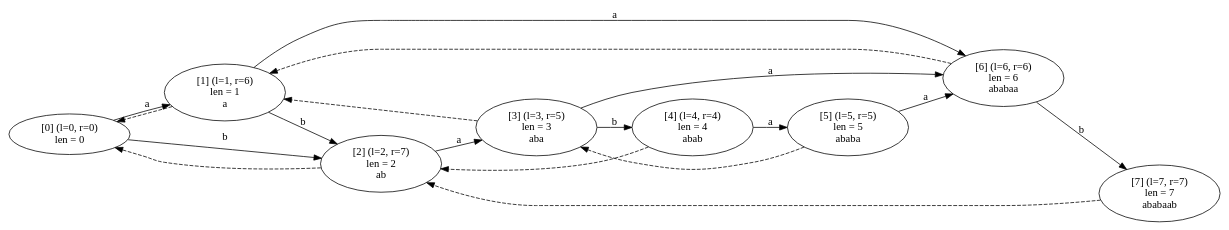
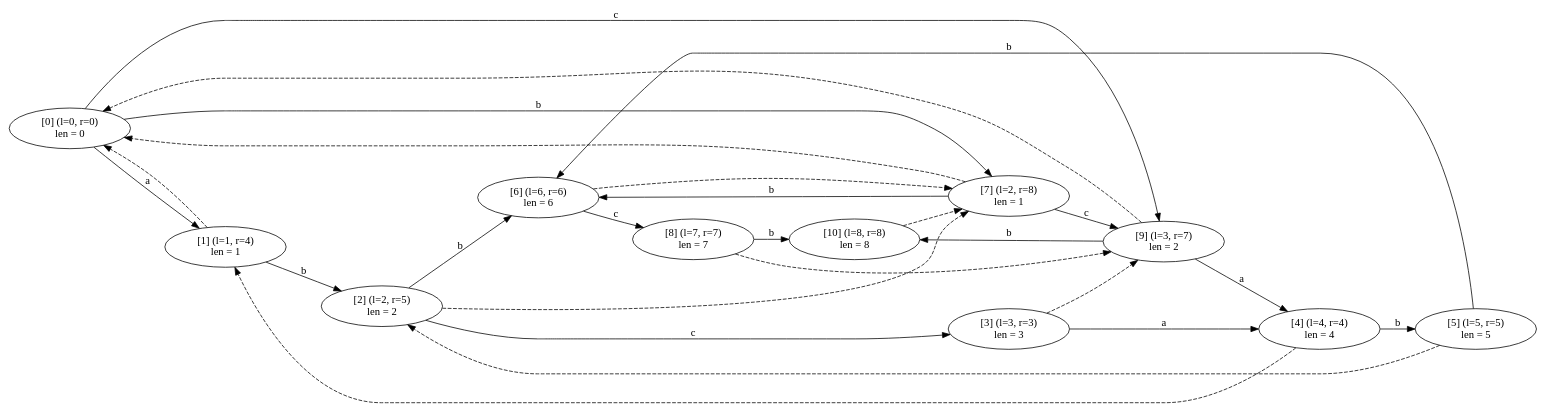
One commit to Magorx/mipt changed the diagram in sem_3/algorithms/2_contest/graph.gv. Above: the diagram before and after it, drawn with Graphviz. The commit also changed 5 other files, not shown here.

```diff
--- a/sem_3/algorithms/2_contest/graph.gv
+++ b/sem_3/algorithms/2_contest/graph.gv
@@ -1,28 +1,39 @@
 digraph g {
 rankdir="LR";
-struct0x7f0961a65010[label="[0] (l=0, r=0)\nlen = 0\n"];
-struct0x7f0961a65010 -> struct0x7f0961a650e8 [label="a"];
-struct0x7f0961a650e8[label="[1] (l=1, r=6)\nlen = 1\na"];
-struct0x7f0961a650e8 -> struct0x7f0961a65520 [label="a"];
-struct0x7f0961a65520[label="[6] (l=6, r=6)\nlen = 6\nababaa"];
-struct0x7f0961a65520 -> struct0x7f0961a655f8 [label="b"];
-struct0x7f0961a655f8[label="[7] (l=7, r=7)\nlen = 7\nababaab"];
-struct0x7f0961a655f8 -> struct0x7f0961a651c0 [style="dashed"];
-struct0x7f0961a65520 -> struct0x7f0961a650e8 [style="dashed"];
-struct0x7f0961a650e8 -> struct0x7f0961a651c0 [label="b"];
-struct0x7f0961a651c0[label="[2] (l=2, r=7)\nlen = 2\nab"];
-struct0x7f0961a651c0 -> struct0x7f0961a65298 [label="a"];
-struct0x7f0961a65298[label="[3] (l=3, r=5)\nlen = 3\naba"];
-struct0x7f0961a65298 -> struct0x7f0961a65520 [label="a"];
-struct0x7f0961a65298 -> struct0x7f0961a65370 [label="b"];
-struct0x7f0961a65370[label="[4] (l=4, r=4)\nlen = 4\nabab"];
-struct0x7f0961a65370 -> struct0x7f0961a65448 [label="a"];
-struct0x7f0961a65448[label="[5] (l=5, r=5)\nlen = 5\nababa"];
-struct0x7f0961a65448 -> struct0x7f0961a65520 [label="a"];
-struct0x7f0961a65448 -> struct0x7f0961a65298 [style="dashed"];
-struct0x7f0961a65370 -> struct0x7f0961a651c0 [style="dashed"];
-struct0x7f0961a65298 -> struct0x7f0961a650e8 [style="dashed"];
-struct0x7f0961a651c0 -> struct0x7f0961a65010 [style="dashed"];
-struct0x7f0961a650e8 -> struct0x7f0961a65010 [style="dashed"];
-struct0x7f0961a65010 -> struct0x7f0961a651c0 [label="b"];
+struct0x7f8171cbd010[label="[0] (l=0, r=0)\nlen = 0"];
+struct0x7f8171cbd010 -> struct0x7f8171cbd0b8 [label="a"];
+struct0x7f8171cbd0b8[label="[1] (l=1, r=4)\nlen = 1"];
+struct0x7f8171cbd0b8 -> struct0x7f8171cbd160 [label="b"];
+struct0x7f8171cbd160[label="[2] (l=2, r=5)\nlen = 2"];
+struct0x7f8171cbd160 -> struct0x7f8171cbd400 [label="b"];
+struct0x7f8171cbd400[label="[6] (l=6, r=6)\nlen = 6"];
+struct0x7f8171cbd400 -> struct0x7f8171cbd550 [label="c"];
+struct0x7f8171cbd550[label="[8] (l=7, r=7)\nlen = 7"];
+struct0x7f8171cbd550 -> struct0x7f8171cbd6a0 [label="b"];
+struct0x7f8171cbd6a0[label="[10] (l=8, r=8)\nlen = 8"];
+struct0x7f8171cbd6a0 -> struct0x7f8171cbd4a8 [style="dashed"];
+struct0x7f8171cbd550 -> struct0x7f8171cbd5f8 [style="dashed"];
+struct0x7f8171cbd400 -> struct0x7f8171cbd4a8 [style="dashed"];
+struct0x7f8171cbd160 -> struct0x7f8171cbd208 [label="c"];
+struct0x7f8171cbd208[label="[3] (l=3, r=3)\nlen = 3"];
+struct0x7f8171cbd208 -> struct0x7f8171cbd2b0 [label="a"];
+struct0x7f8171cbd2b0[label="[4] (l=4, r=4)\nlen = 4"];
+struct0x7f8171cbd2b0 -> struct0x7f8171cbd358 [label="b"];
+struct0x7f8171cbd358[label="[5] (l=5, r=5)\nlen = 5"];
+struct0x7f8171cbd358 -> struct0x7f8171cbd400 [label="b"];
+struct0x7f8171cbd358 -> struct0x7f8171cbd160 [style="dashed"];
+struct0x7f8171cbd2b0 -> struct0x7f8171cbd0b8 [style="dashed"];
+struct0x7f8171cbd208 -> struct0x7f8171cbd5f8 [style="dashed"];
+struct0x7f8171cbd160 -> struct0x7f8171cbd4a8 [style="dashed"];
+struct0x7f8171cbd0b8 -> struct0x7f8171cbd010 [style="dashed"];
+struct0x7f8171cbd010 -> struct0x7f8171cbd4a8 [label="b"];
+struct0x7f8171cbd4a8[label="[7] (l=2, r=8)\nlen = 1"];
+struct0x7f8171cbd4a8 -> struct0x7f8171cbd400 [label="b"];
+struct0x7f8171cbd4a8 -> struct0x7f8171cbd5f8 [label="c"];
+struct0x7f8171cbd5f8[label="[9] (l=3, r=7)\nlen = 2"];
+struct0x7f8171cbd5f8 -> struct0x7f8171cbd2b0 [label="a"];
+struct0x7f8171cbd5f8 -> struct0x7f8171cbd6a0 [label="b"];
+struct0x7f8171cbd5f8 -> struct0x7f8171cbd010 [style="dashed"];
+struct0x7f8171cbd4a8 -> struct0x7f8171cbd010 [style="dashed"];
+struct0x7f8171cbd010 -> struct0x7f8171cbd5f8 [label="c"];
 }
```
